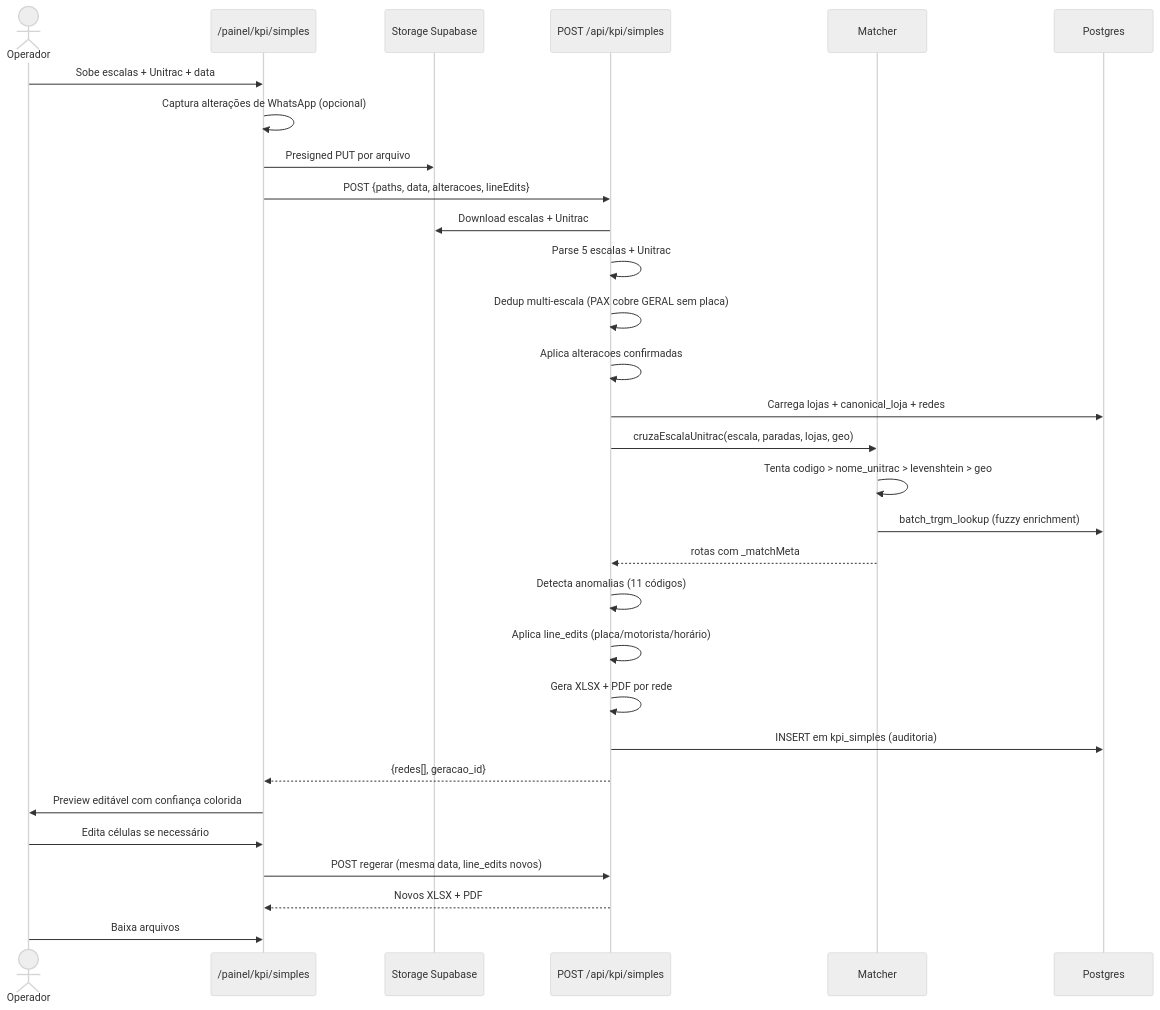
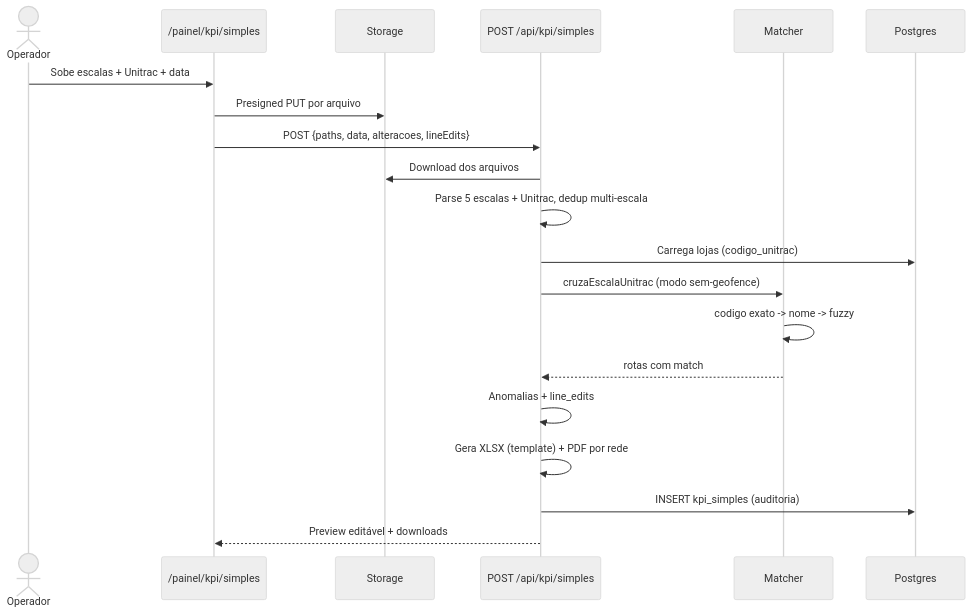
The second of 2 diagrams in README.md (transmonseg/kpi-transmonseg), drawn with Mermaid (neutral theme) before and after one commit. The commit also changed other lines of this file, not shown here.

First line of the commit message:
docs: atualiza README (dashboard de operacao, modo sem-geofence, template, numeros reais)

````diff
--- a/README.md
+++ b/README.md
@@ -293,38 +287,23 @@
 ```mermaid
 sequenceDiagram
     actor U as Operador
     participant UI as /painel/kpi/simples
-    participant ST as Storage Supabase
+    participant ST as Storage
     participant API as POST /api/kpi/simples
     participant M as Matcher
     participant DB as Postgres
 
     U->>UI: Sobe escalas + Unitrac + data
-    UI->>UI: Captura alterações de WhatsApp (opcional)
     UI->>ST: Presigned PUT por arquivo
     UI->>API: POST {paths, data, alteracoes, lineEdits}
-
-    API->>ST: Download escalas + Unitrac
-    API->>API: Parse 5 escalas + Unitrac
-    API->>API: Dedup multi-escala (PAX cobre GERAL sem placa)
-    API->>API: Aplica alteracoes confirmadas
-    API->>DB: Carrega lojas + canonical_loja + redes
-    API->>M: cruzaEscalaUnitrac(escala, paradas, lojas, geo)
-
-    M->>M: Tenta codigo > nome_unitrac > levenshtein > geo
-    M->>DB: batch_trgm_lookup (fuzzy enrichment)
-    M-->>API: rotas com _matchMeta
-
-    API->>API: Detecta anomalias (11 códigos)
-    API->>API: Aplica line_edits (placa/motorista/horário)
-    API->>API: Gera XLSX + PDF por rede
-
-    API->>DB: INSERT em kpi_simples (auditoria)
-    API-->>UI: {redes[], geracao_id}
-
-    UI->>U: Preview editável com confiança colorida
-    U->>UI: Edita células se necessário
-    UI->>API: POST regerar (mesma data, line_edits novos)
-    API-->>UI: Novos XLSX + PDF
-    U->>UI: Baixa arquivos
+    API->>ST: Download dos arquivos
+    API->>API: Parse 5 escalas + Unitrac, dedup multi-escala
+    API->>DB: Carrega lojas (codigo_unitrac)
+    API->>M: cruzaEscalaUnitrac (modo sem-geofence)
+    M->>M: codigo exato -> nome -> fuzzy
+    M-->>API: rotas com match
+    API->>API: Anomalias + line_edits
+    API->>API: Gera XLSX (template) + PDF por rede
+    API->>DB: INSERT kpi_simples (auditoria)
+    API-->>UI: Preview editável + downloads
 ```
````
